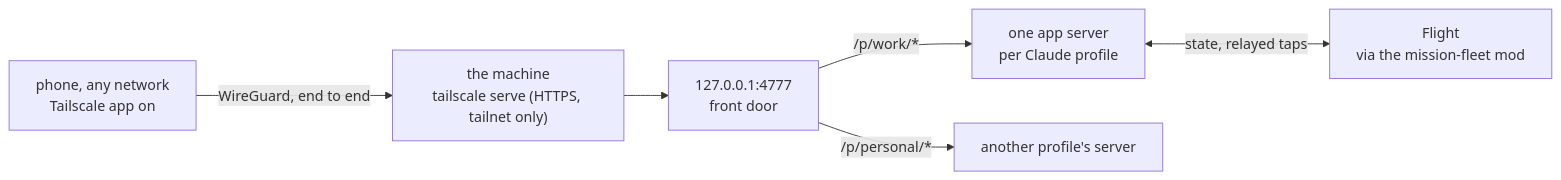
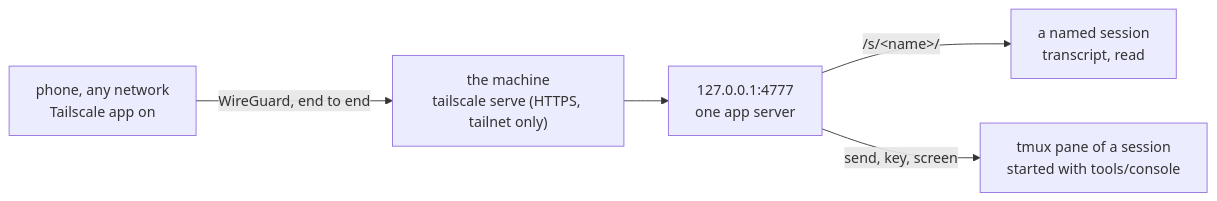
One commit to sultanassi95/mission-control changed the diagram in framework/remote-access.md. Above: the diagram before and after it, drawn with Mermaid. The commit also changed other lines of this file and 23 other files, not shown here.

````diff
--- a/framework/remote-access.md
+++ b/framework/remote-access.md
@@ -7,8 +7,7 @@
 ```mermaid
 flowchart LR
   P["phone, any network<br/>Tailscale app on"] -->|"WireGuard, end to end"| M["the machine<br/>tailscale serve (HTTPS, tailnet only)"]
-  M --> D["127.0.0.1:4777<br/>front door"]
-  D -->|"/p/work/*"| A["one app server<br/>per Claude profile"]
-  D -->|"/p/personal/*"| A2["another profile's server"]
-  A <-->|state, relayed taps| F["Flight<br/>via the mission-fleet mod"]
+  M --> D["127.0.0.1:4777<br/>one app server"]
+  D -->|"/s/&lt;name&gt;/"| S["a named session<br/>transcript, read"]
+  D -->|"send, key, screen"| T["tmux pane of a session<br/>started with tools/console"]
 ```
````
